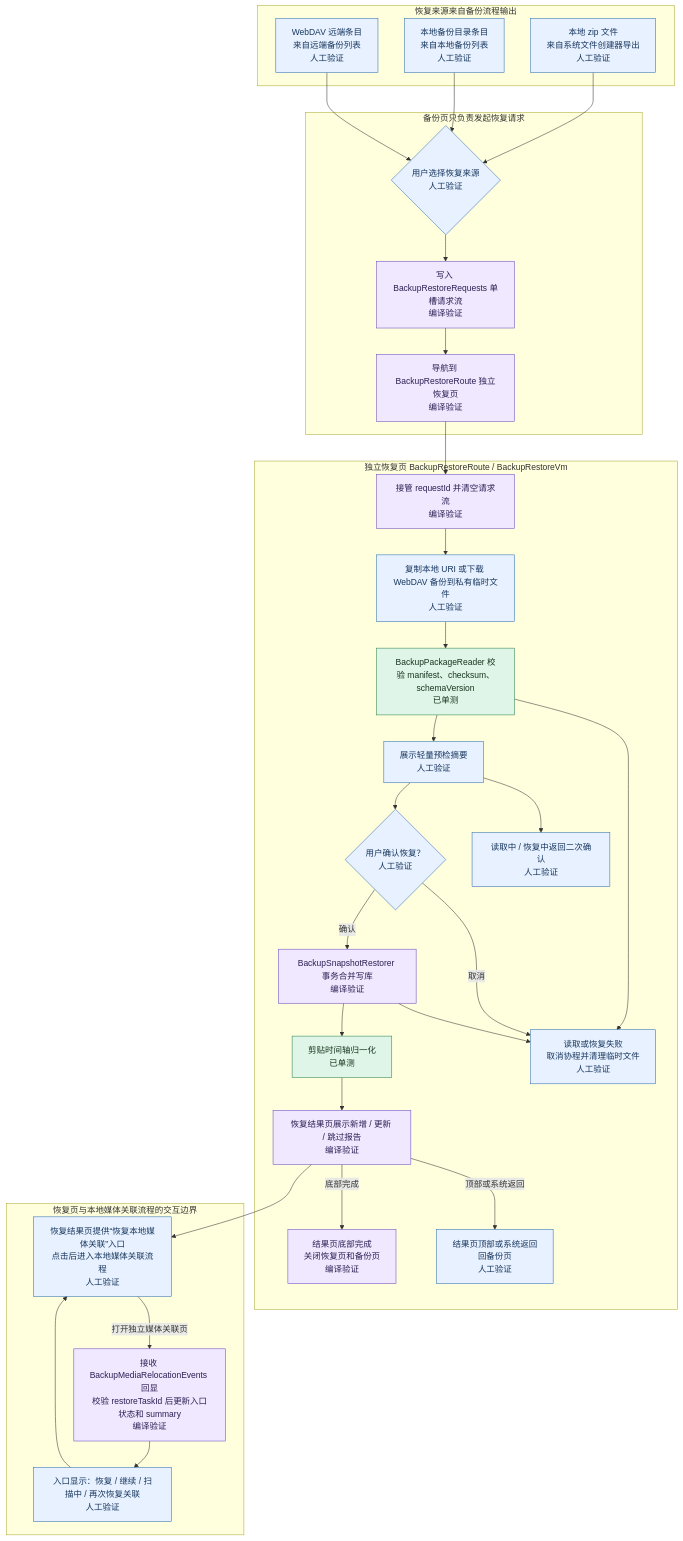
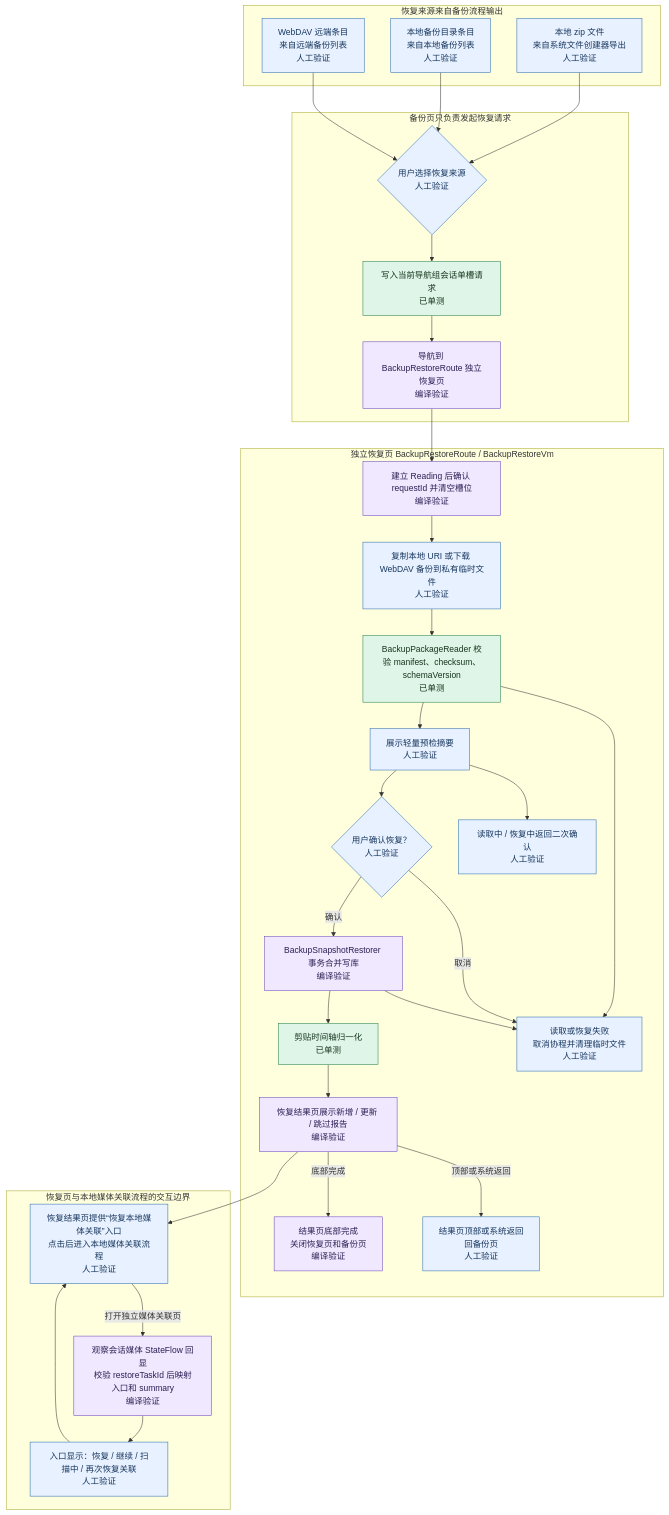
Before and after one commit to lwcla/ClipMaster: the fourth of 5 diagrams in docs/webdav_backup_plan.md, drawn with Mermaid. The commit also changed other lines of this file and 19 other files, not shown here.

First line of the commit message:
备份恢复：统一导航组与图作用域会话

````diff
--- a/docs/webdav_backup_plan.md
+++ b/docs/webdav_backup_plan.md
@@ -367,65 +560,65 @@
 ```mermaid
 %% title: 恢复流程
 flowchart TD
   subgraph RestoreSources["恢复来源来自备份流程输出"]
     SourceFile["本地 zip 文件<br/>来自系统文件创建器导出<br/>人工验证"]:::manual
     SourceLocal["本地备份目录条目<br/>来自本地备份列表<br/>人工验证"]:::manual
     SourceRemote["WebDAV 远端条目<br/>来自远端备份列表<br/>人工验证"]:::manual
   end
 
   subgraph BackupPageRestore["备份页只负责发起恢复请求"]
     ChooseRestore{"用户选择恢复来源<br/>人工验证"}:::manual
-    RestoreRequest["写入 BackupRestoreRequests 单槽请求流<br/>编译验证"]:::compile
+    RestoreRequest["写入当前导航组会话单槽请求<br/>已单测"]:::unit
     NavRestore["导航到 BackupRestoreRoute 独立恢复页<br/>编译验证"]:::compile
   end
 
   subgraph RestorePage["独立恢复页 BackupRestoreRoute / BackupRestoreVm"]
-    ClaimRequest["接管 requestId 并清空请求流<br/>编译验证"]:::compile
+    ClaimRequest["建立 Reading 后确认 requestId 并清空槽位<br/>编译验证"]:::compile
     CopyTemp["复制本地 URI 或下载 WebDAV 备份到私有临时文件<br/>人工验证"]:::manual
     Preview["BackupPackageReader 校验 manifest、checksum、schemaVersion<br/>已单测"]:::unit
     PreviewUi["展示轻量预检摘要<br/>人工验证"]:::manual
     Confirm{"用户确认恢复？<br/>人工验证"}:::manual
     BackGuard["读取中 / 恢复中返回二次确认<br/>人工验证"]:::manual
     Restore["BackupSnapshotRestorer 事务合并写库<br/>编译验证"]:::compile
     TimeNorm["剪贴时间轴归一化<br/>已单测"]:::unit
     Report["恢复结果页展示新增 / 更新 / 跳过报告<br/>编译验证"]:::compile
     ReportDone["结果页底部完成<br/>关闭恢复页和备份页<br/>编译验证"]:::compile
     ReportBack["结果页顶部或系统返回<br/>回备份页<br/>人工验证"]:::manual
     RestoreFailure["读取或恢复失败<br/>取消协程并清理临时文件<br/>人工验证"]:::manual
   end
 
   subgraph MediaBoundary["恢复页与本地媒体关联流程的交互边界"]
     MediaEntry["恢复结果页提供“恢复本地媒体关联”入口<br/>点击后进入本地媒体关联流程<br/>人工验证"]:::manual
-    MediaResult["接收 BackupMediaRelocationEvents 回显<br/>校验 restoreTaskId 后更新入口状态和 summary<br/>编译验证"]:::compile
+    MediaResult["观察会话媒体 StateFlow 回显<br/>校验 restoreTaskId 后映射入口和 summary<br/>编译验证"]:::compile
     EntryState["入口显示：恢复 / 继续 / 扫描中 / 再次恢复关联<br/>人工验证"]:::manual
   end
 
   SourceFile --> ChooseRestore
   SourceLocal --> ChooseRestore
   SourceRemote --> ChooseRestore
   ChooseRestore --> RestoreRequest
   RestoreRequest --> NavRestore
   NavRestore --> ClaimRequest
   ClaimRequest --> CopyTemp
   CopyTemp --> Preview
   Preview --> PreviewUi
   Preview --> RestoreFailure
   PreviewUi --> Confirm
   PreviewUi --> BackGuard
   Confirm -->|"确认"| Restore
   Confirm -->|"取消"| RestoreFailure
   Restore --> TimeNorm
   TimeNorm --> Report
   Report -->|"底部完成"| ReportDone
   Report -->|"顶部或系统返回"| ReportBack
   Restore --> RestoreFailure
   Report --> MediaEntry
   MediaEntry -->|"打开独立媒体关联页"| MediaResult
   MediaResult --> EntryState
   EntryState --> MediaEntry
 
   classDef unit fill:#dff5e7,stroke:#26804b,color:#16351f;
   classDef todo fill:#fff1cc,stroke:#b7791f,color:#3d2a05;
   classDef manual fill:#e8f1ff,stroke:#2b6cb0,color:#17375e;
   classDef compile fill:#efe8ff,stroke:#6b46c1,color:#2d1f53;
 ```
````
